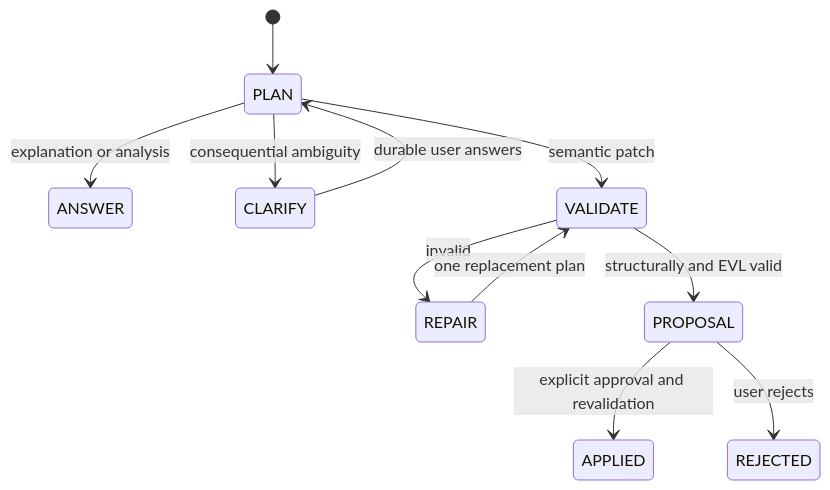
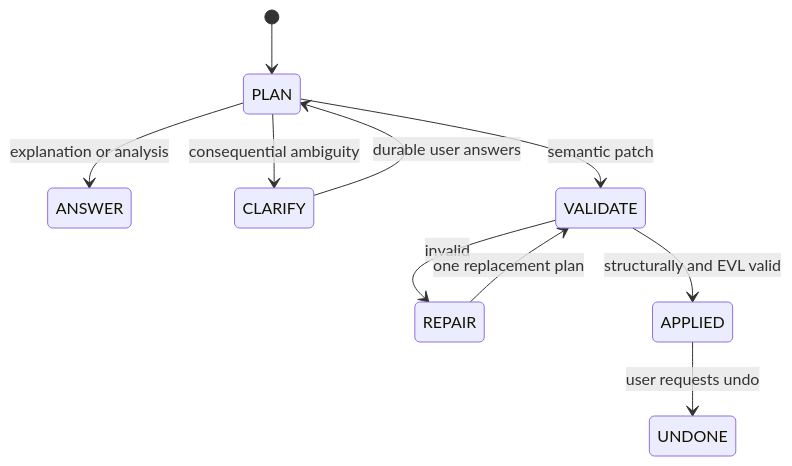
One commit to mehdieidi/modriss changed the second of 3 diagrams in docs/diagrams/14-ai-assistant-architecture.md. Above: the diagram before and after it, drawn with Mermaid. The commit also changed 46 other files, not shown here.

````diff
--- a/docs/diagrams/14-ai-assistant-architecture.md
+++ b/docs/diagrams/14-ai-assistant-architecture.md
@@ -56,13 +56,12 @@
 ```mermaid
 stateDiagram-v2
     [*] --> PLAN
     PLAN --> ANSWER: explanation or analysis
     PLAN --> CLARIFY: consequential ambiguity
     CLARIFY --> PLAN: durable user answers
     PLAN --> VALIDATE: semantic patch
     VALIDATE --> REPAIR: invalid
     REPAIR --> VALIDATE: one replacement plan
-    VALIDATE --> PROPOSAL: structurally and EVL valid
-    PROPOSAL --> APPLIED: explicit approval and revalidation
-    PROPOSAL --> REJECTED: user rejects
+    VALIDATE --> APPLIED: structurally and EVL valid
+    APPLIED --> UNDONE: user requests undo
 ```
````
